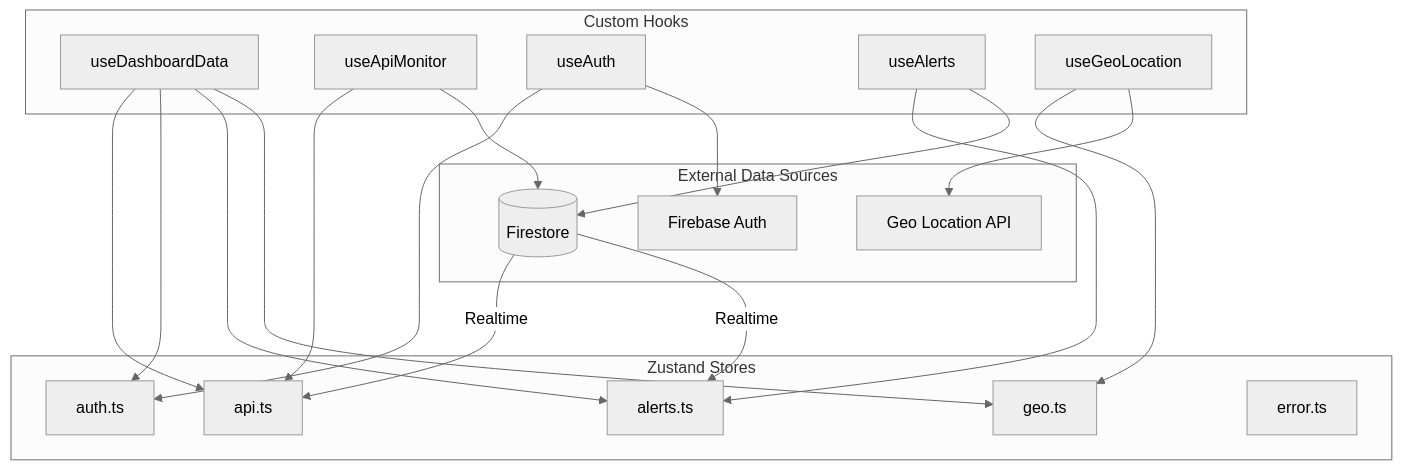
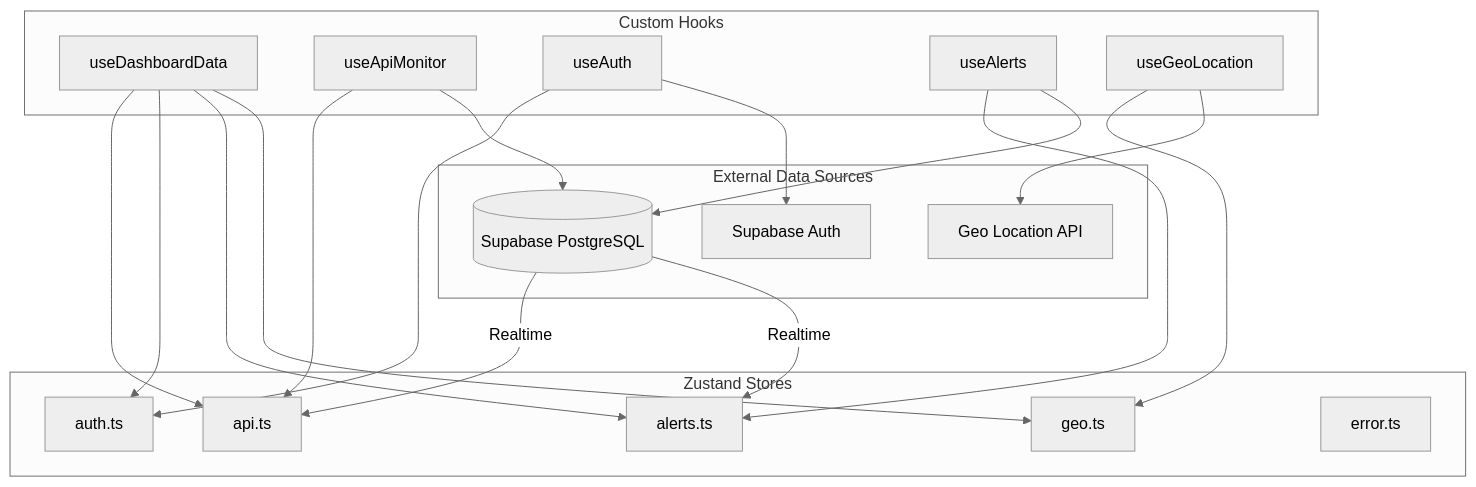
Before and after one commit to AjaCHN/LLM-API-Sentinel: the third of 13 diagrams in openspec/architecture.md, drawn with Mermaid (neutral theme). The commit also changed other lines of this file and 5 other files, not shown here.

First line of the commit message:
docs: 重构 openspec 规范文档，将 Firebase 引用更新为 Supabase

````diff
--- a/openspec/architecture.md
+++ b/openspec/architecture.md
@@ -109,44 +108,44 @@
 ```mermaid
 graph TD
     subgraph Store [Zustand Stores]
         API[api.ts]
         Auth[auth.ts]
         Alerts[alerts.ts]
         Geo[geo.ts]
         Error[error.ts]
     end
 
     subgraph Hooks [Custom Hooks]
         useDashboard[useDashboardData]
         useApi[useApiMonitor]
         useAuthHook[useAuth]
         useAlertsHook[useAlerts]
         useGeo[useGeoLocation]
     end
 
     subgraph External [External Data Sources]
-        Firestore[(Firestore)]
+        Supabase[(Supabase PostgreSQL)]
         GeoAPI[Geo Location API]
-        AuthAPI[Firebase Auth]
+        AuthAPI[Supabase Auth]
     end
 
     useDashboard --> API
     useDashboard --> Auth
     useDashboard --> Alerts
     useDashboard --> Geo
     
     useApi --> API
-    useApi --> Firestore
+    useApi --> Supabase
     
     useAuthHook --> Auth
     useAuthHook --> AuthAPI
     
     useAlertsHook --> Alerts
-    useAlertsHook --> Firestore
+    useAlertsHook --> Supabase
     
     useGeo --> Geo
     useGeo --> GeoAPI
     
-    Firestore -->|Realtime| API
-    Firestore -->|Realtime| Alerts
+    Supabase -->|Realtime| API
+    Supabase -->|Realtime| Alerts
 ```
````
